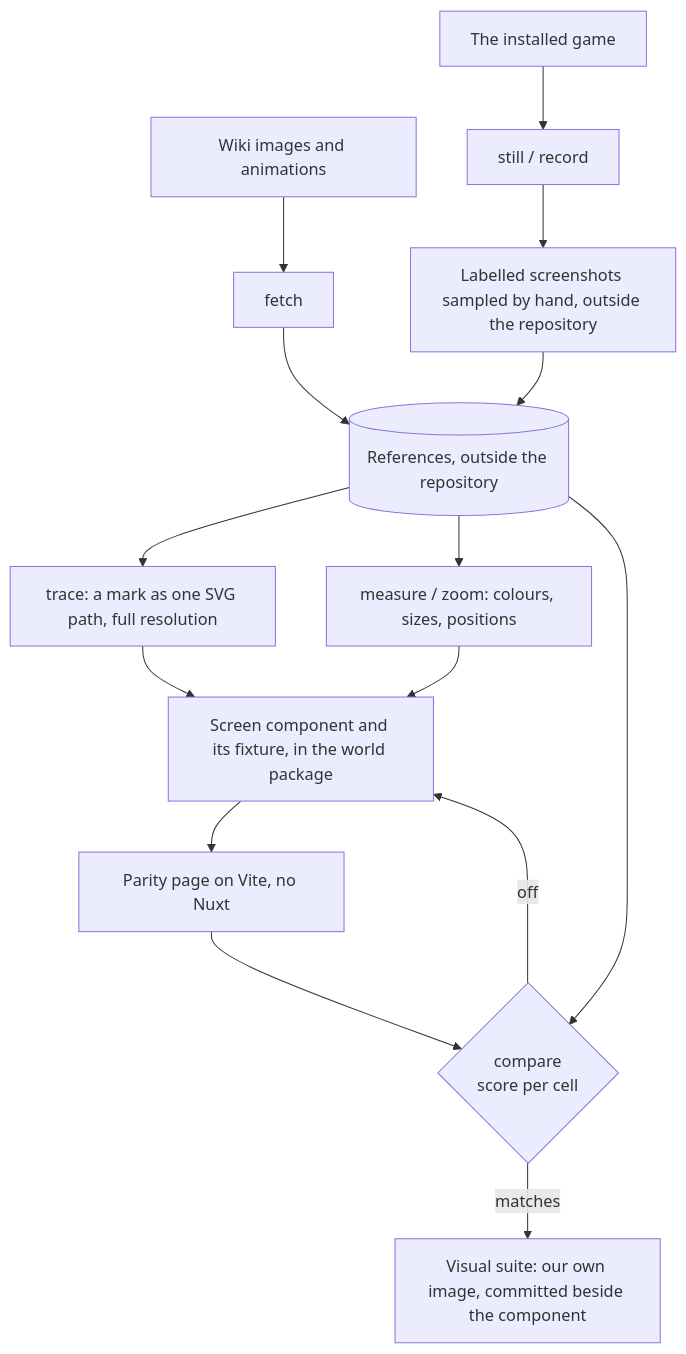
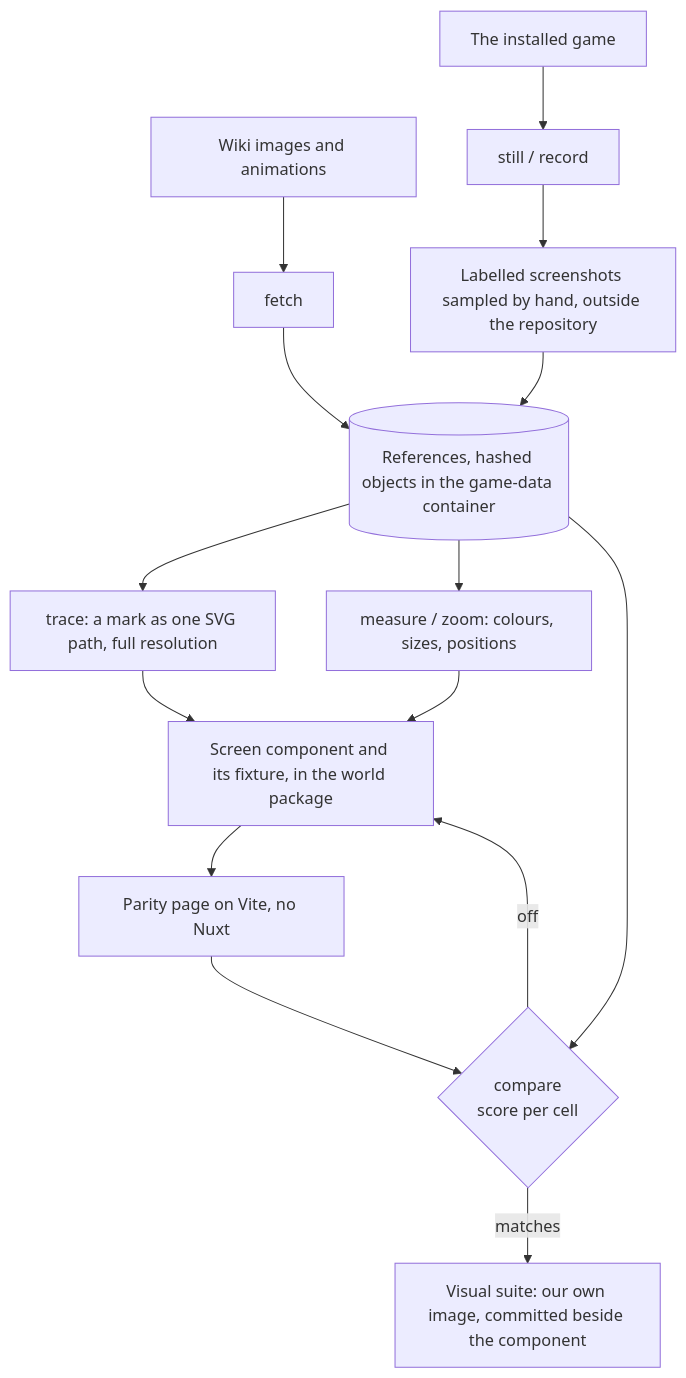
The diagram in openspec/specs/genshin/parity/README.md (Esposter/Esposter), drawn with Mermaid before and after one commit. The commit also changed 8 other files, not shown here.

First line of the commit message:
docs(genshin:parity): references are stored as hashed objects, only the manifest is committed

````diff
--- a/openspec/specs/genshin/parity/README.md
+++ b/openspec/specs/genshin/parity/README.md
@@ -7,17 +7,17 @@
 ```mermaid
 flowchart TD
   WIKI[Wiki images and animations] --> FETCH[fetch]
   GAME[The installed game] --> CAP[still / record]
   CAP --> SAMPLE[Labelled screenshots sampled by hand, outside the repository]
-  FETCH --> REF[(References, outside the repository)]
+  FETCH --> REF[(References, hashed objects in the game-data container)]
   SAMPLE --> REF
   REF --> TRACE[trace: a mark as one SVG path, full resolution]
   TRACE --> SCREEN[Screen component and its fixture, in the world package]
   REF --> MEASURE[measure / zoom: colours, sizes, positions]
   MEASURE --> SCREEN
   SCREEN --> PAGE[Parity page on Vite, no Nuxt]
   PAGE --> COMPARE{compare<br/>score per cell}
   REF --> COMPARE
   COMPARE -->|off| SCREEN
   COMPARE -->|matches| VISUAL[Visual suite: our own image, committed beside the component]
 ```
````
